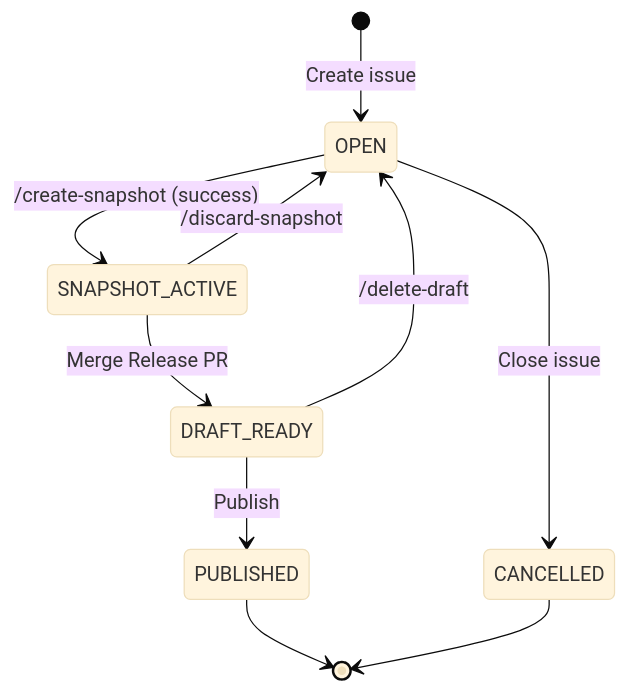
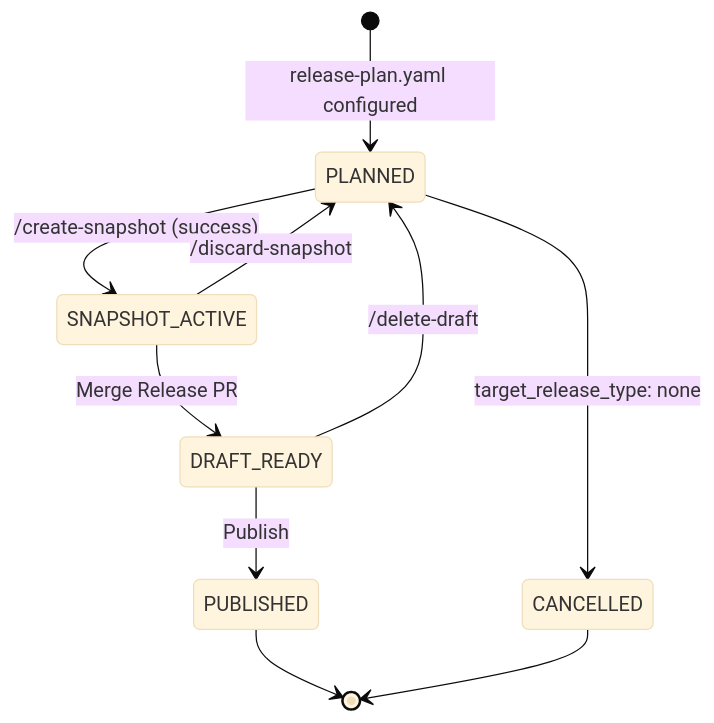
Before and after one commit to camaraproject/ReleaseManagement: the diagram in documentation/SupportingDocuments/CAMARA-Release-Creation-Detailed-Design.md, drawn with Mermaid (base theme). The commit also changed other lines of this file, not shown here.

First line of the commit message:
docs: implement workflow-owned Release Issue lifecycle

````diff
--- a/documentation/SupportingDocuments/CAMARA-Release-Creation-Detailed-Design.md
+++ b/documentation/SupportingDocuments/CAMARA-Release-Creation-Detailed-Design.md
@@ -307,12 +359,12 @@
 ```mermaid
 stateDiagram-v2
-    [*] --> OPEN : Create issue
-    OPEN --> SNAPSHOT_ACTIVE : /create-snapshot (success)
-    OPEN --> CANCELLED : Close issue
-    SNAPSHOT_ACTIVE --> OPEN : /discard-snapshot
+    [*] --> PLANNED : release-plan.yaml configured
+    PLANNED --> SNAPSHOT_ACTIVE : /create-snapshot (success)
+    PLANNED --> CANCELLED : target_release_type: none
+    SNAPSHOT_ACTIVE --> PLANNED : /discard-snapshot
     SNAPSHOT_ACTIVE --> DRAFT_READY : Merge Release PR
-    DRAFT_READY --> OPEN : /delete-draft
+    DRAFT_READY --> PLANNED : /delete-draft
     DRAFT_READY --> PUBLISHED : Publish
     PUBLISHED --> [*]
     CANCELLED --> [*]
 ```
````
